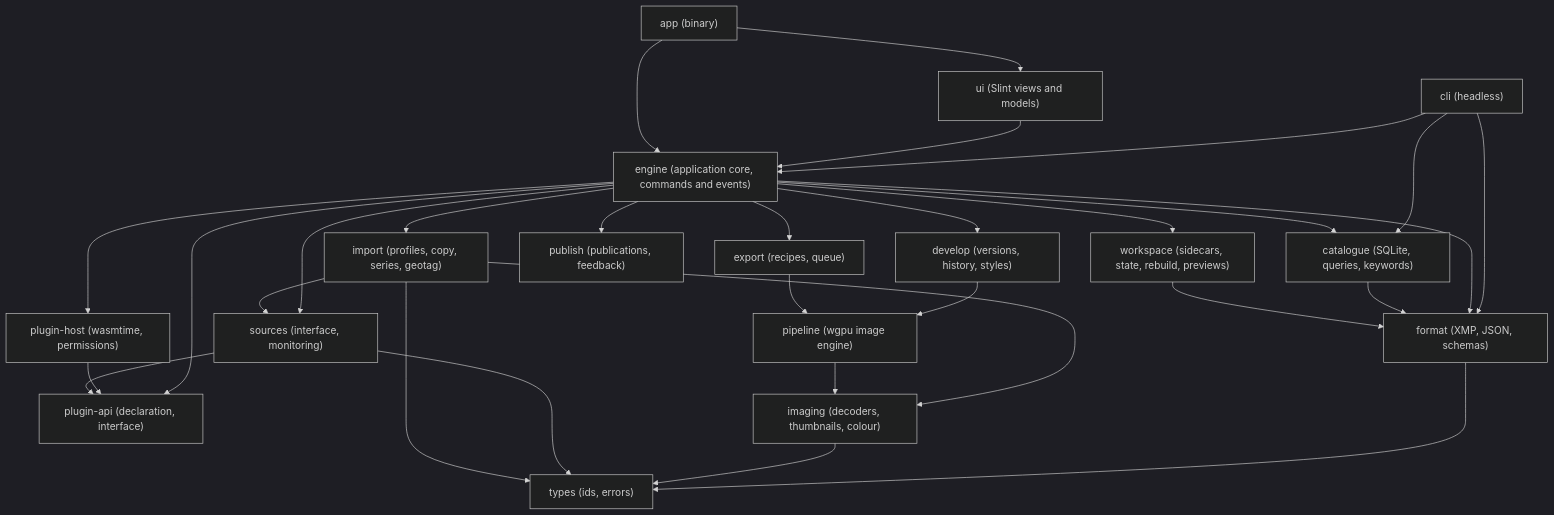
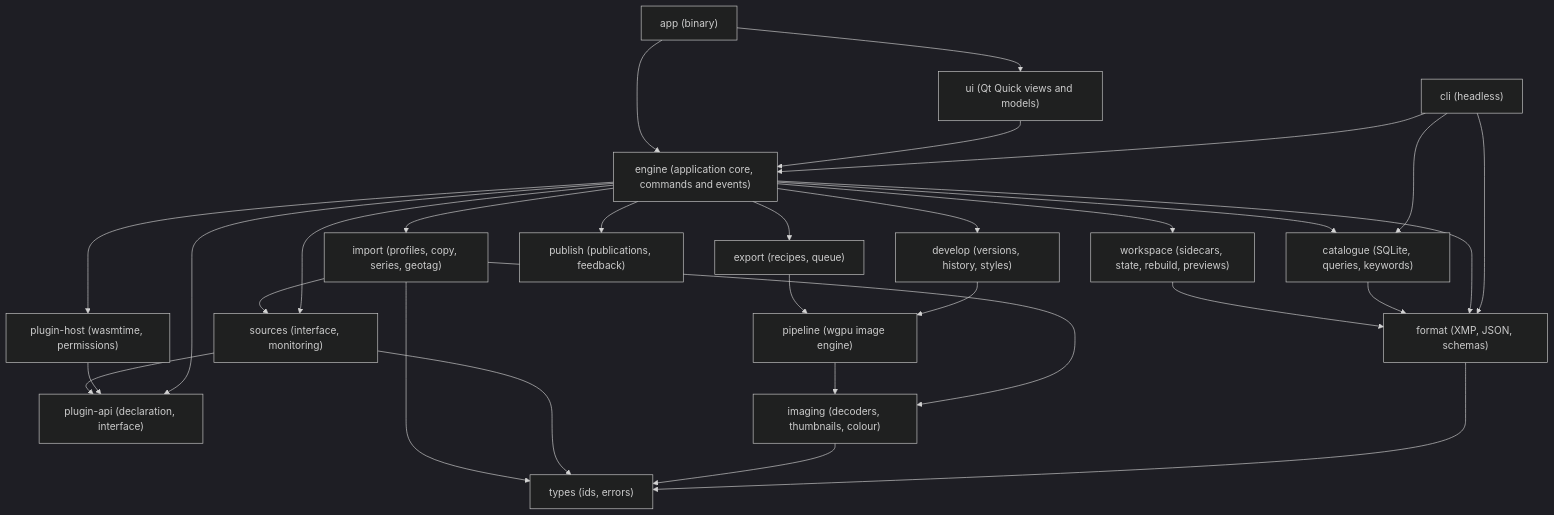
Before and after one commit to patrickfournier/auroraw: the first of 2 diagrams in docs/architecture.md, drawn with Mermaid (dark theme). The commit also changed other lines of this file and 97 other files, not shown here.

First line of the commit message:
Qt UI Q7: the cutover. crates/ui is the Qt Quick interface; Slint is gone

````diff
--- a/docs/architecture.md
+++ b/docs/architecture.md
@@ -68,32 +68,32 @@
 ```mermaid
 flowchart TD
-  app["app (binary)"] --> ui["ui (Slint views and models)"]
+  app["app (binary)"] --> ui["ui (Qt Quick views and models)"]
   cli["cli (headless)"] --> engine
   cli --> catalogue
   cli --> format
   ui --> engine["engine (application core, commands and events)"]
   engine --> develop["develop (versions, history, styles)"]
   engine --> import["import (profiles, copy, series, geotag)"]
   engine --> export["export (recipes, queue)"]
   engine --> publish["publish (publications, feedback)"]
   engine --> catalogue["catalogue (SQLite, queries, keywords)"]
   engine --> workspace["workspace (sidecars, state, rebuild, previews)"]
   engine --> sources["sources (interface, monitoring)"]
   engine --> host["plugin-host (wasmtime, permissions)"]
   engine --> format
   engine --> api
   develop --> pipeline["pipeline (wgpu image engine)"]
   export --> pipeline
   import --> imaging["imaging (decoders, thumbnails, colour)"]
   pipeline --> imaging
   catalogue --> format["format (XMP, JSON, schemas)"]
   workspace --> format
   host --> api["plugin-api (declaration, interface)"]
   format --> types["types (ids, errors)"]
   imaging --> types
   sources --> api
   sources --> types
   import --> sources
   import --> types
   app --> engine
 ```
````
